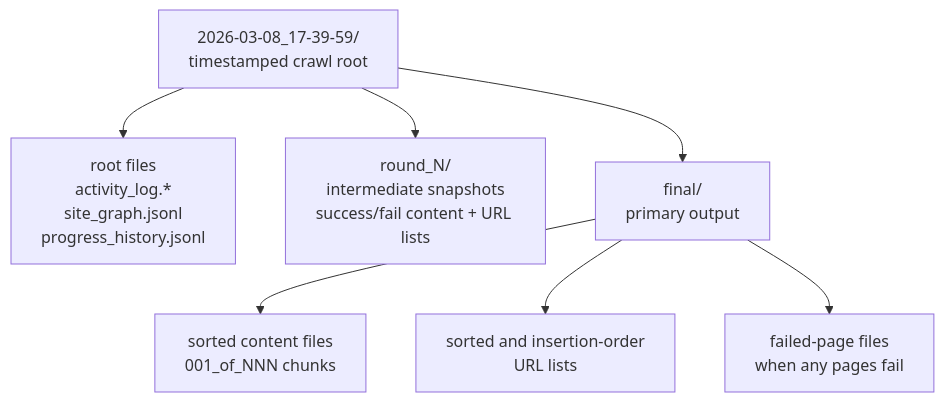
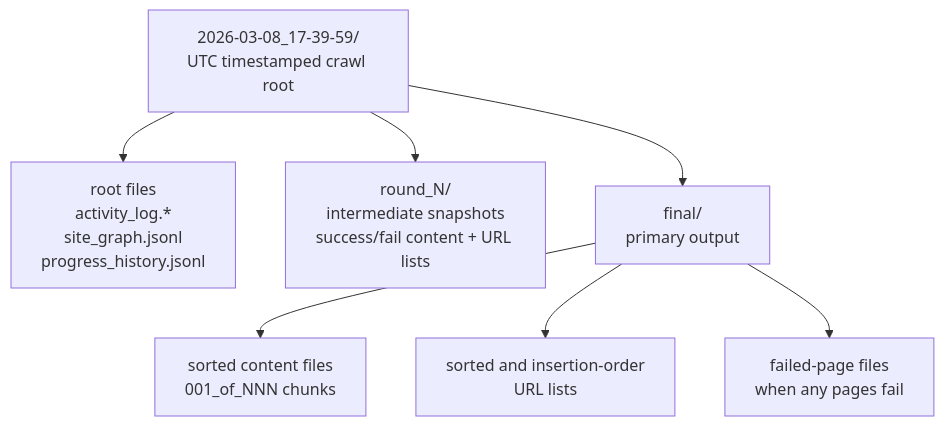
The sixth of 9 diagrams in README.md (prakosd/rag-playground), drawn with Mermaid before and after one commit. The commit also changed other lines of this file and 16 other files, not shown here.

````diff
--- a/README.md
+++ b/README.md
@@ -311,10 +311,10 @@
 ```mermaid
 flowchart TD
-  Root["2026-03-08_17-39-59/<br/>timestamped crawl root"]
+  Root["2026-03-08_17-39-59/<br/>UTC timestamped crawl root"]
   Root --> RootFiles["root files<br/>activity_log.*<br/>site_graph.jsonl<br/>progress_history.jsonl"]
   Root --> Rounds["round_N/<br/>intermediate snapshots<br/>success/fail content + URL lists"]
   Root --> Final["final/<br/>primary output"]
   Final --> SortedContent["sorted content files<br/>001_of_NNN chunks"]
   Final --> UrlLists["sorted and insertion-order<br/>URL lists"]
   Final --> Failures["failed-page files<br/>when any pages fail"]
 ```
````
